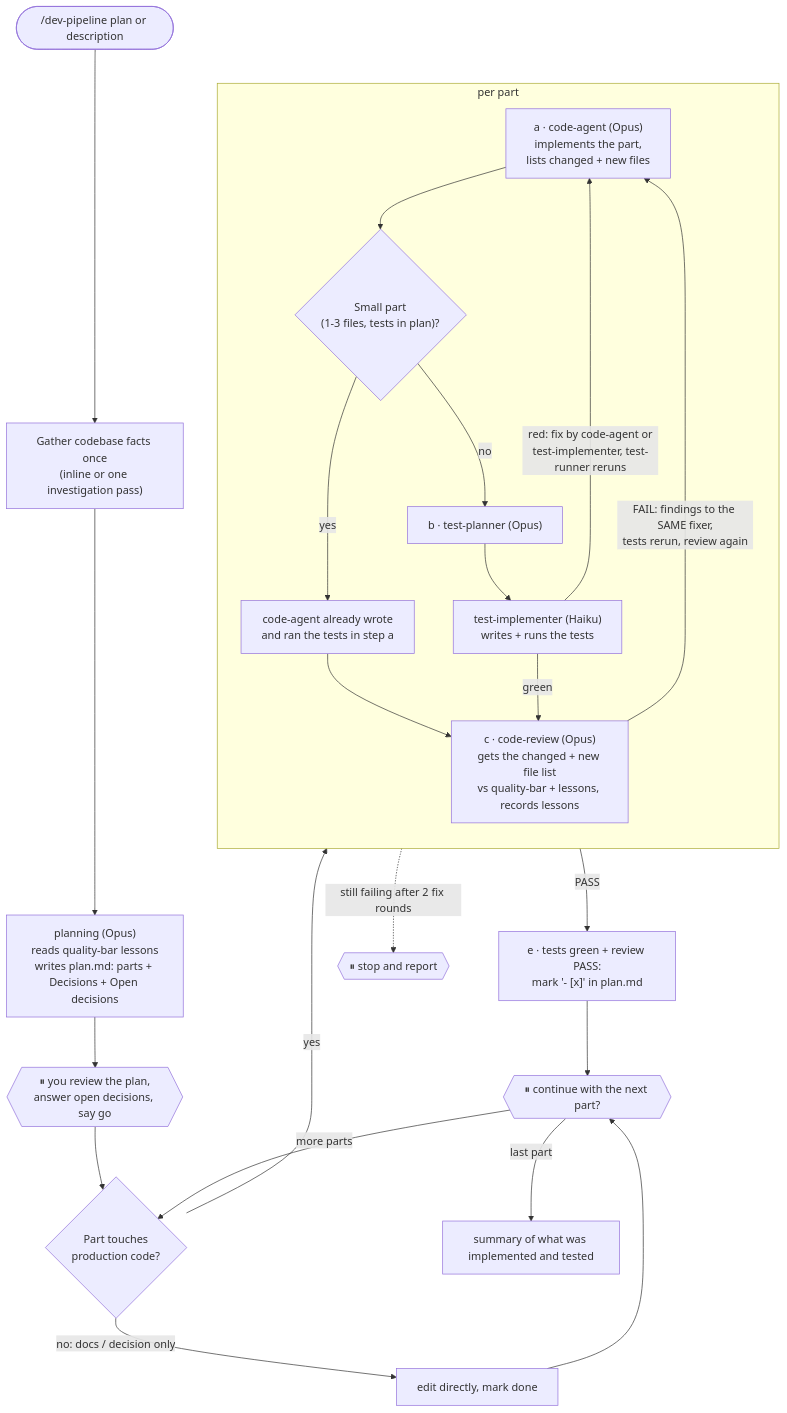
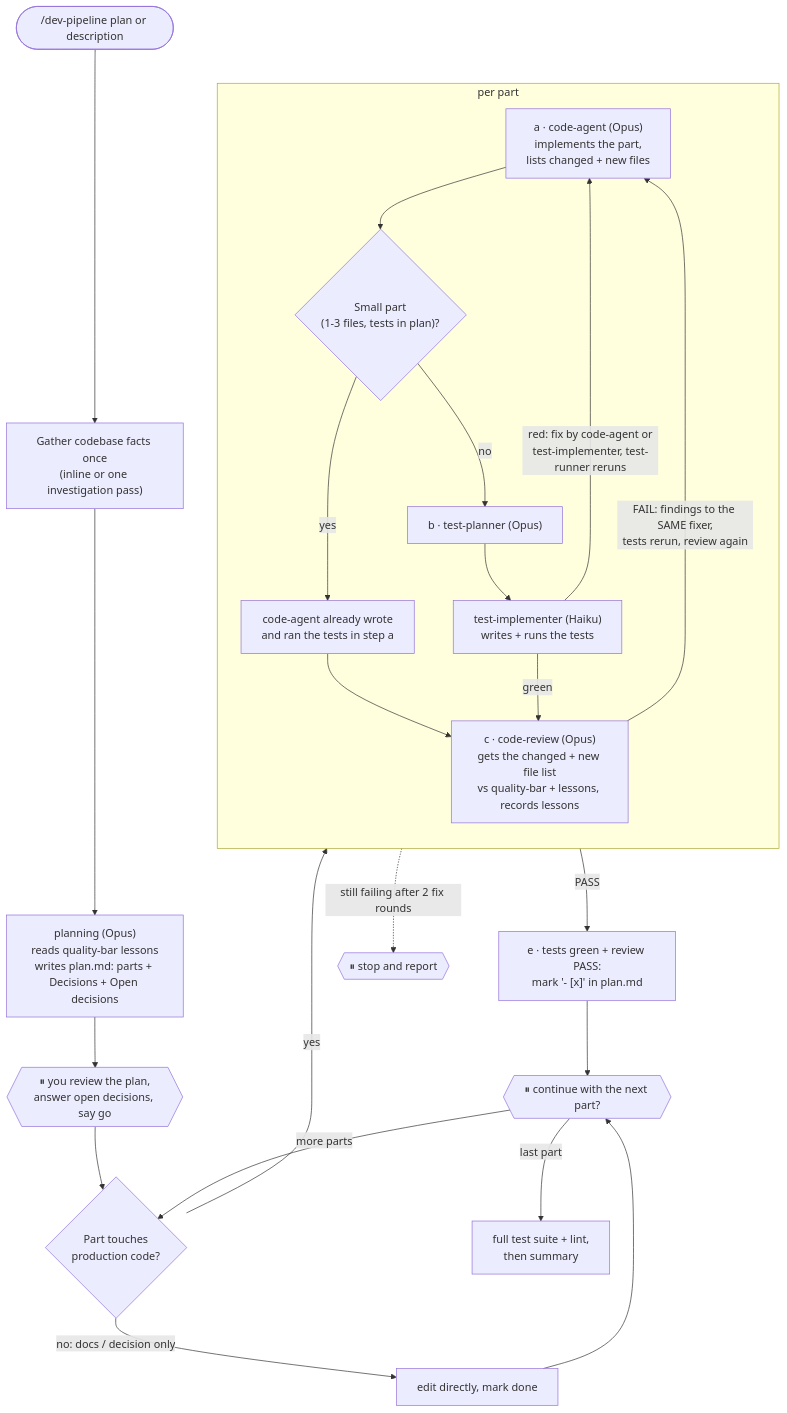
Before and after one commit to mxrpr/dev-pipeline-kit: the diagram in docs/dev-pipeline.md, drawn with Mermaid. The commit also changed other lines of this file and 17 other files, not shown here.

````diff
--- a/docs/dev-pipeline.md
+++ b/docs/dev-pipeline.md
@@ -14,28 +14,28 @@
 ```mermaid
 flowchart TD
     IN(["/dev-pipeline plan or description"]) --> INV["Gather codebase facts once<br/>(inline or one investigation pass)"]
     INV --> PL["planning (Opus)<br/>reads quality-bar lessons<br/>writes plan.md: parts + Decisions + Open decisions"]
     PL --> G1{{"⏸ you review the plan,<br/>answer open decisions, say go"}}
     G1 --> FAST{"Part touches<br/>production code?"}
 
     FAST -->|"no: docs / decision only"| EDIT["edit directly, mark done"]
     FAST -->|yes| IMP
 
     subgraph PART [" per part "]
         direction TB
         IMP["a · code-agent (Opus)<br/>implements the part,<br/>lists changed + new files"] --> SMALL{"Small part<br/>(1-3 files, tests in plan)?"}
         SMALL -->|yes| INL["code-agent already wrote<br/>and ran the tests in step a"]
         SMALL -->|no| TP["b · test-planner (Opus)"] --> TI["test-implementer (Haiku)<br/>writes + runs the tests"]
         TI -->|"red: fix by code-agent or<br/>test-implementer, test-runner reruns"| IMP
         INL --> REV
         TI -->|green| REV["c · code-review (Opus)<br/>gets the changed + new file list<br/>vs quality-bar + lessons, records lessons"]
         REV -->|"FAIL: findings to the SAME fixer,<br/>tests rerun, review again"| IMP
     end
 
     REV -->|PASS| DONE["e · tests green + review PASS:<br/>mark '- [x]' in plan.md"]
     EDIT --> NEXT
     DONE --> NEXT{{"⏸ continue with the next part?"}}
     NEXT -->|"more parts"| FAST
-    NEXT -->|"last part"| END["summary of what was implemented and tested"]
+    NEXT -->|"last part"| END["full test suite + lint,<br/>then summary"]
     PART -. "still failing after 2 fix rounds" .-> STOP{{"⏸ stop and report"}}
 ```
````
